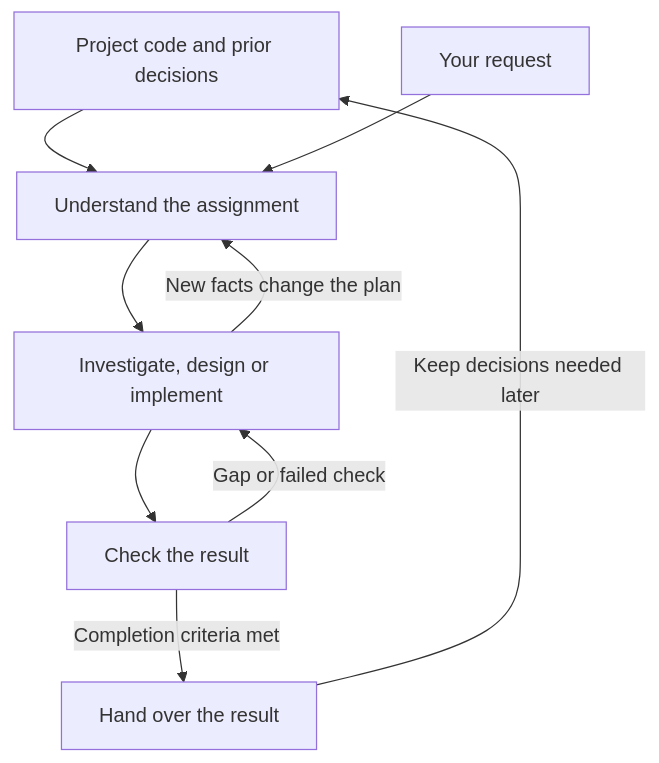
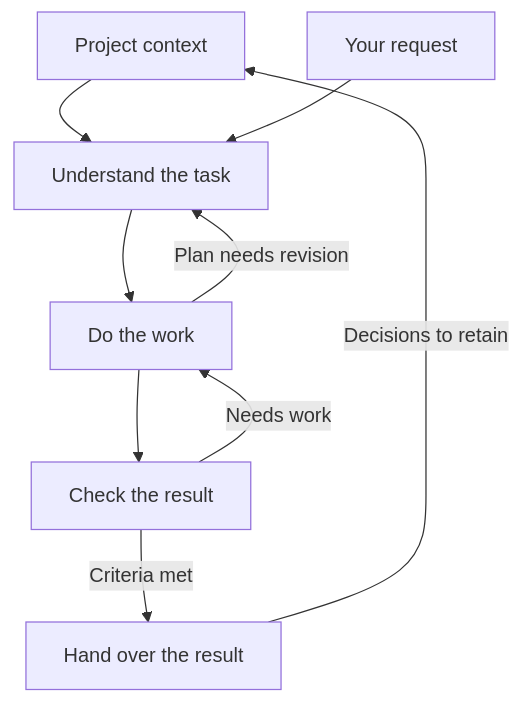
Before and after one commit to Rckov/contour: the diagram in README.md, drawn with Mermaid. The commit also changed other lines of this file and 1 other file, not shown here.

````diff
--- a/README.md
+++ b/README.md
@@ -28,11 +20,11 @@
 ```mermaid
 flowchart TD
-    P["Project code and prior decisions"] --> B["Understand the assignment"]
+    P["Project context"] --> B["Understand the task"]
     Q["Your request"] --> B
-    B --> A["Investigate, design or implement"]
+    B --> A["Do the work"]
     A --> C["Check the result"]
-    C -->|Gap or failed check| A
-    A -->|New facts change the plan| B
-    C -->|Completion criteria met| H["Hand over the result"]
-    H -->|Keep decisions needed later| P
+    C -->|Needs work| A
+    A -->|Plan needs revision| B
+    C -->|Criteria met| H["Hand over the result"]
+    H -->|Decisions to retain| P
 ```
````
